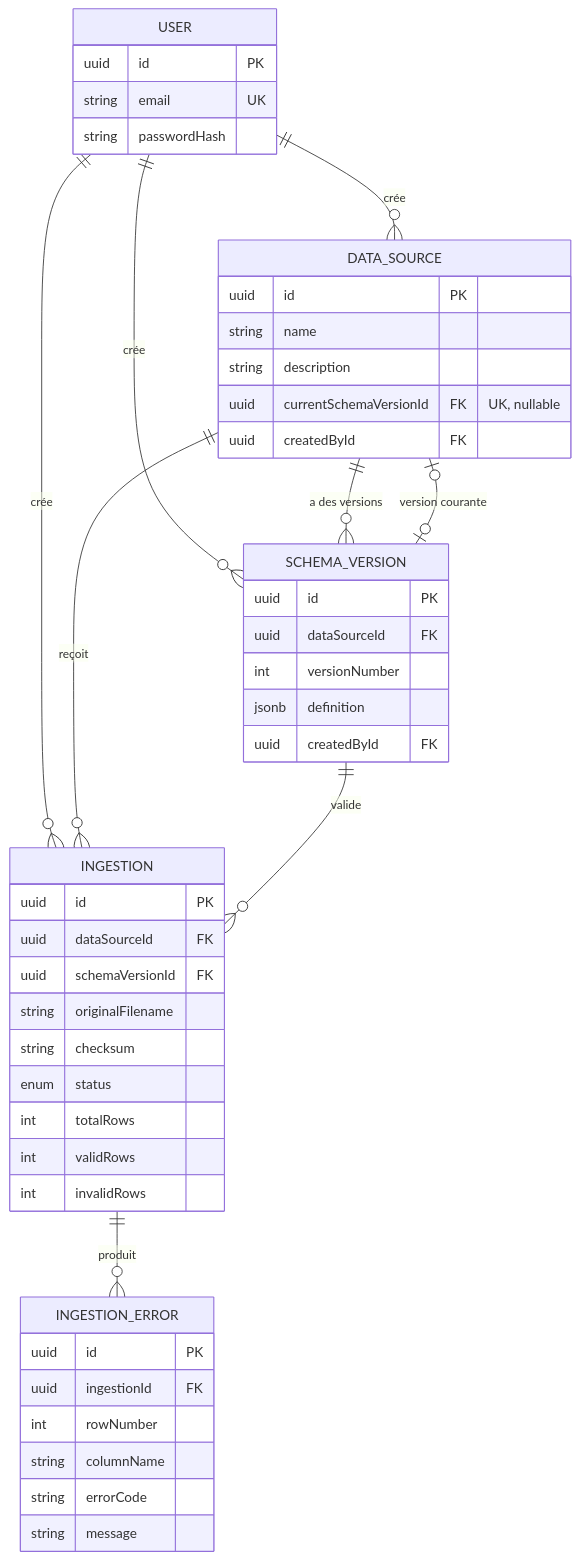
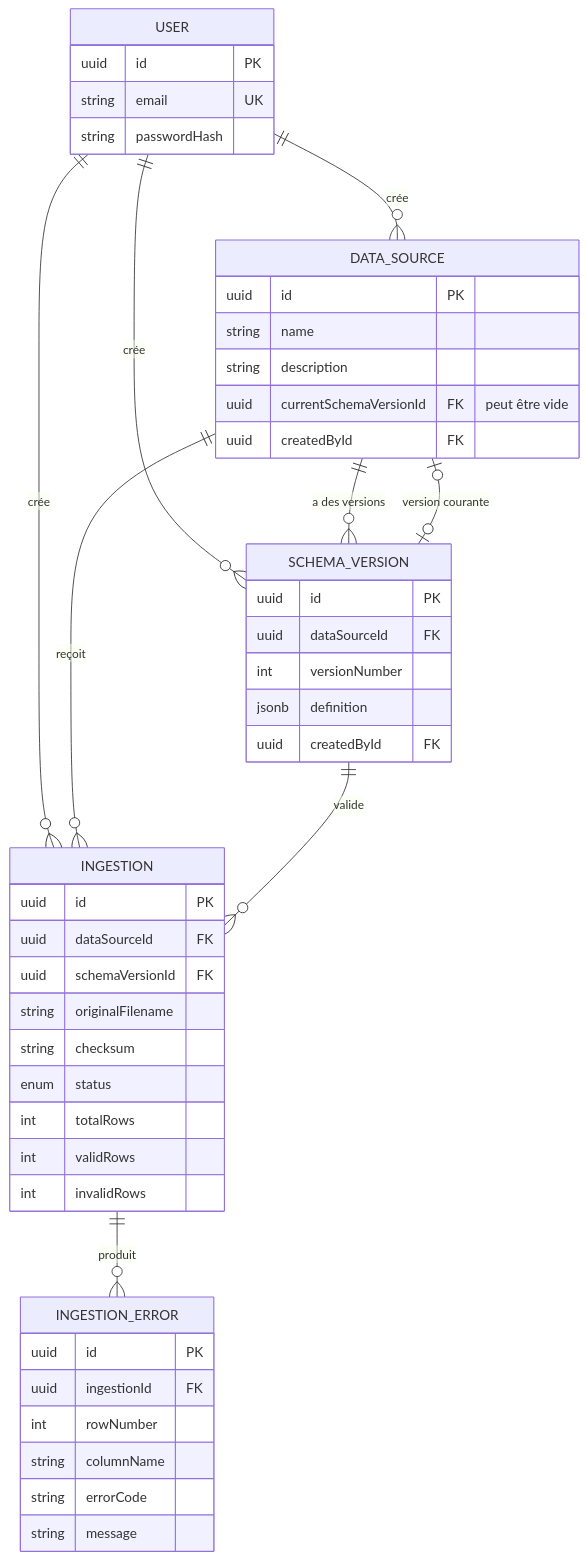
The second of 2 diagrams in DESIGN.md (koewilliams5/dataflow-ci-test-artefact), drawn with Mermaid before and after one commit. The commit also changed other lines of this file and 2 other files, not shown here.

````diff
--- a/DESIGN.md
+++ b/DESIGN.md
@@ -78,50 +131,50 @@
 ```mermaid
 erDiagram
     USER ||--o{ DATA_SOURCE : "crée"
     USER ||--o{ SCHEMA_VERSION : "crée"
     USER ||--o{ INGESTION : "crée"
     DATA_SOURCE ||--o{ SCHEMA_VERSION : "a des versions"
     DATA_SOURCE |o--o| SCHEMA_VERSION : "version courante"
     DATA_SOURCE ||--o{ INGESTION : "reçoit"
     SCHEMA_VERSION ||--o{ INGESTION : "valide"
     INGESTION ||--o{ INGESTION_ERROR : "produit"
 
     USER {
         uuid id PK
         string email UK
         string passwordHash
     }
     DATA_SOURCE {
         uuid id PK
         string name
         string description
-        uuid currentSchemaVersionId FK "UK, nullable"
+        uuid currentSchemaVersionId FK "peut être vide"
         uuid createdById FK
     }
     SCHEMA_VERSION {
         uuid id PK
         uuid dataSourceId FK
         int versionNumber
         jsonb definition
         uuid createdById FK
     }
     INGESTION {
         uuid id PK
         uuid dataSourceId FK
         uuid schemaVersionId FK
         string originalFilename
         string checksum
         enum status
         int totalRows
         int validRows
         int invalidRows
     }
     INGESTION_ERROR {
         uuid id PK
         uuid ingestionId FK
         int rowNumber
         string columnName
         string errorCode
         string message
     }
 ```
````
